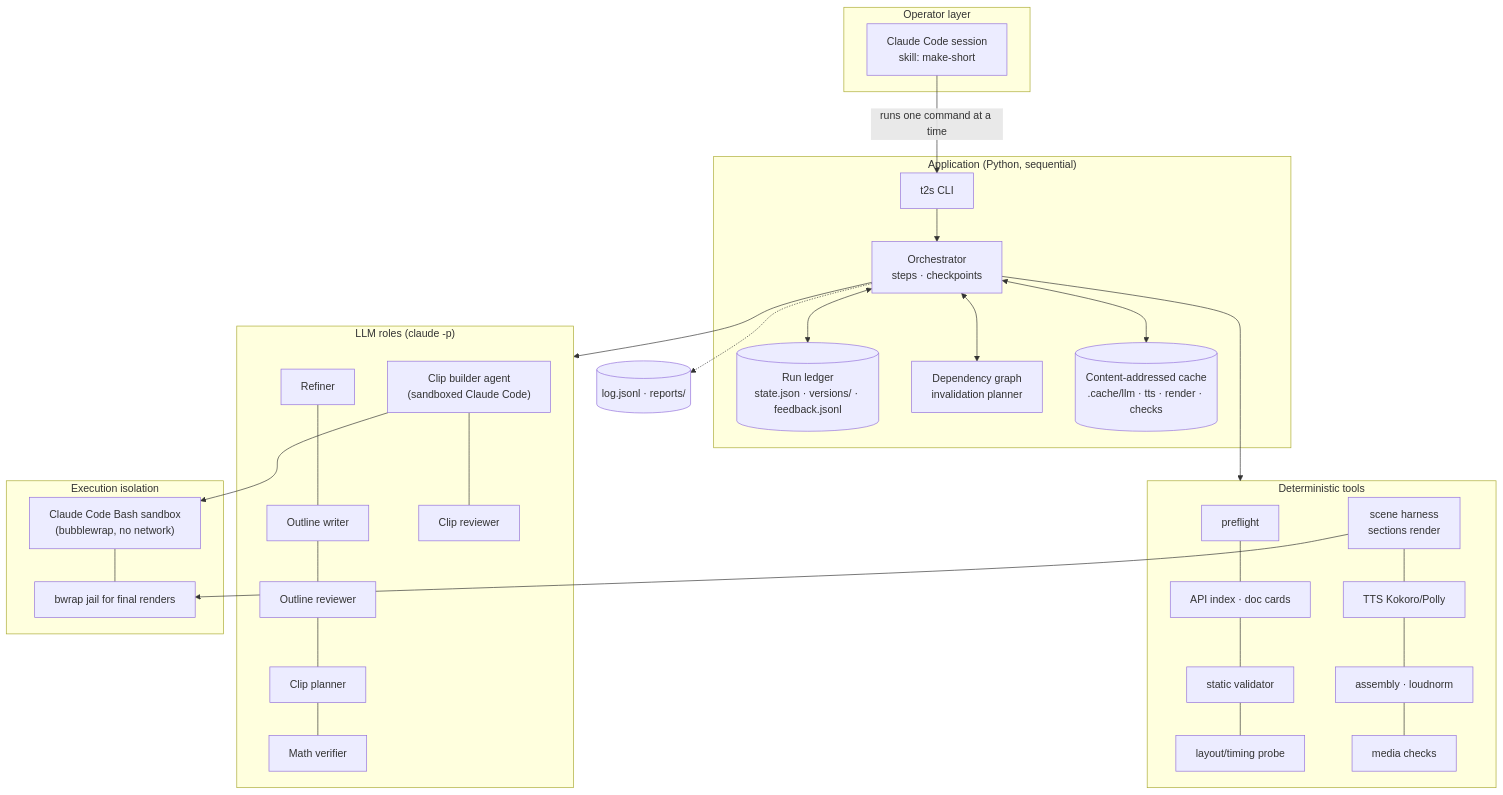
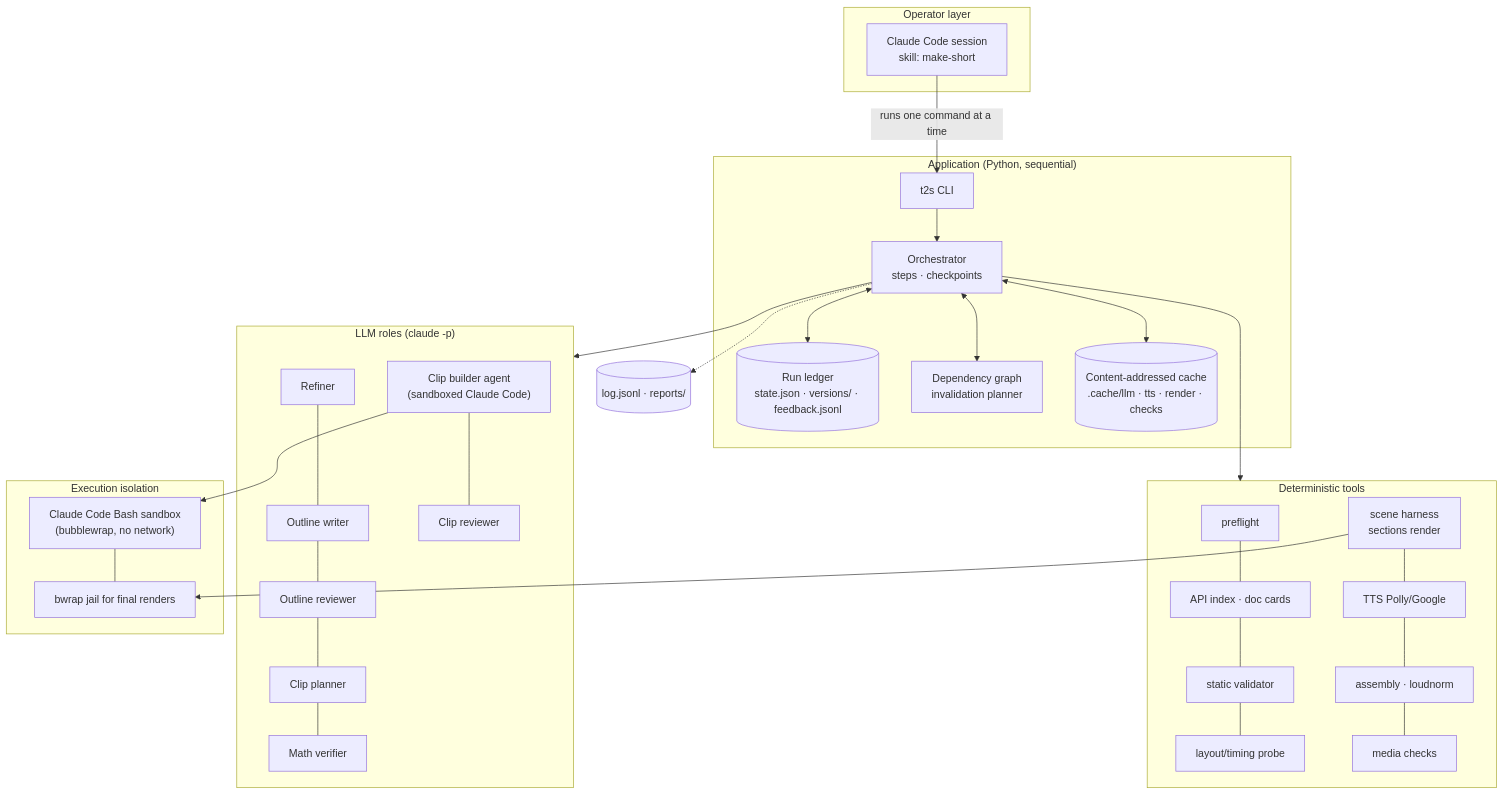
One commit to GARV-PATEL-11/Text-2-Shorts changed the diagram in diagrams/03-proposed-architecture.mmd. Above: the diagram before and after it, drawn with Mermaid. The commit also changed 21 other files, not shown here.

```diff
--- a/diagrams/03-proposed-architecture.mmd
+++ b/diagrams/03-proposed-architecture.mmd
@@ -1,27 +1,27 @@
 flowchart TB
     subgraph L0["Operator layer"]
         CC["Claude Code session<br/>skill: make-short"]
     end
     subgraph L1["Application (Python, sequential)"]
         CLI["t2s CLI"] --> ORCH["Orchestrator<br/>steps · checkpoints"]
         ORCH <--> LED[("Run ledger<br/>state.json · versions/ · feedback.jsonl")]
         ORCH <--> DG["Dependency graph<br/>invalidation planner"]
         ORCH <--> CACHE[("Content-addressed cache<br/>.cache/llm · tts · render · checks")]
     end
     subgraph L2["LLM roles (claude -p)"]
         RF[Refiner] --- OW[Outline writer] --- OR[Outline reviewer] --- CP[Clip planner] --- MV[Math verifier]
         CB["Clip builder agent<br/>(sandboxed Claude Code)"] --- CR[Clip reviewer]
     end
     subgraph L3["Deterministic tools"]
         PF[preflight] --- IDX[API index · doc cards] --- VAL[static validator] --- PR[layout/timing probe]
-        HAR["scene harness<br/>sections render"] --- TTS[TTS Kokoro/Polly] --- ASM[assembly · loudnorm] --- QC[media checks]
+        HAR["scene harness<br/>sections render"] --- TTS[TTS Polly/Google] --- ASM[assembly · loudnorm] --- QC[media checks]
     end
     subgraph L4["Execution isolation"]
         SB["Claude Code Bash sandbox<br/>(bubblewrap, no network)"] --- BW["bwrap jail for final renders"]
     end
     CC -->|"runs one command at a time"| CLI
     ORCH --> L2
     ORCH --> L3
     CB --> SB
     HAR --> BW
     ORCH -.-> OBS[("log.jsonl · reports/")]
```
